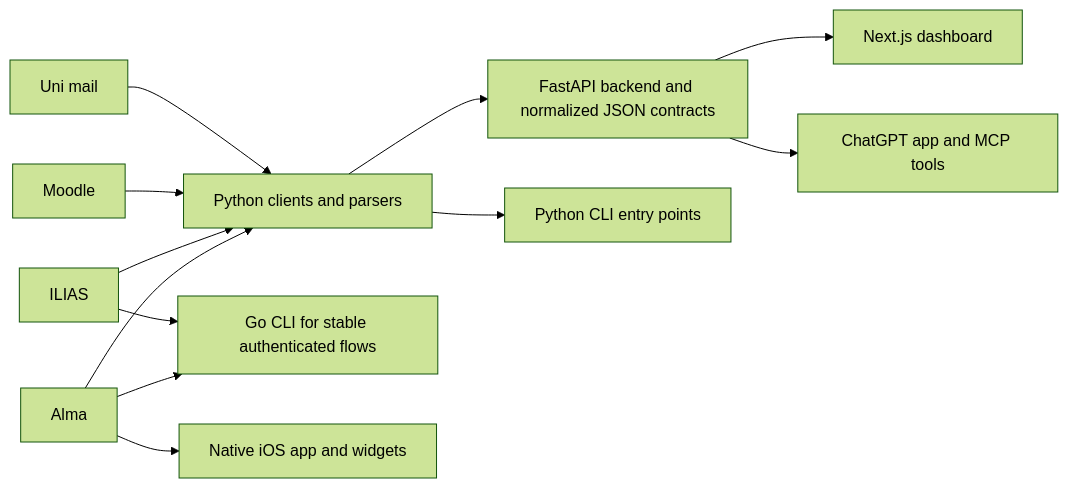
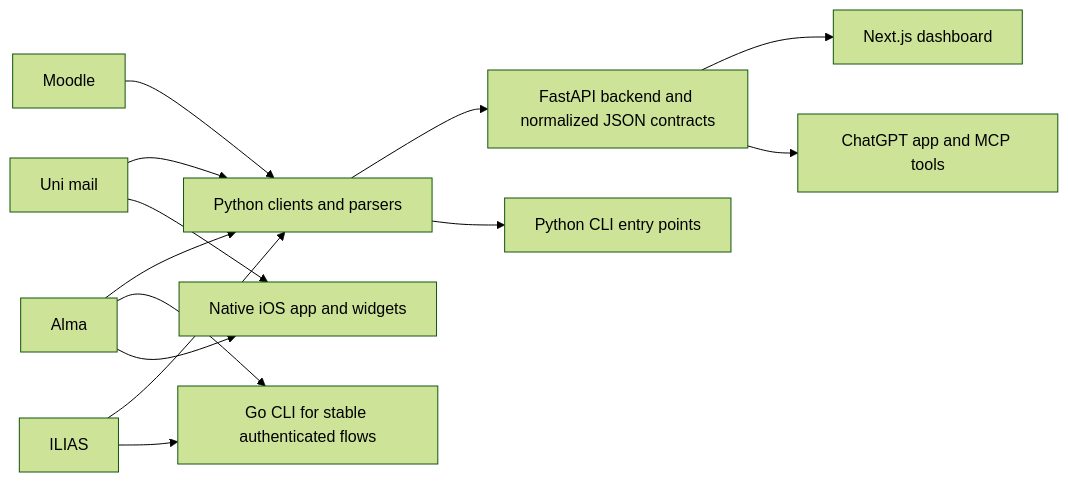
One commit to SebastianBoehler/tue-api-wrapper changed the diagram in README.md. Above: the diagram before and after it, drawn with Mermaid (forest theme). The commit also changed other lines of this file and 21 other files, not shown here.

````diff
--- a/README.md
+++ b/README.md
@@ -66,14 +66,15 @@
 ```mermaid
 flowchart LR
     Alma["Alma"] --> Python["Python clients and parsers"]
     ILIAS["ILIAS"] --> Python
     Moodle["Moodle"] --> Python
     Mail["Uni mail"] --> Python
+    Mail --> iOS
     Python --> API["FastAPI backend and normalized JSON contracts"]
     API --> Web["Next.js dashboard"]
     API --> ChatGPT["ChatGPT app and MCP tools"]
     Python --> PyCLI["Python CLI entry points"]
     Alma --> Go["Go CLI for stable authenticated flows"]
     ILIAS --> Go
     Alma --> iOS["Native iOS app and widgets"]
 ```
````
